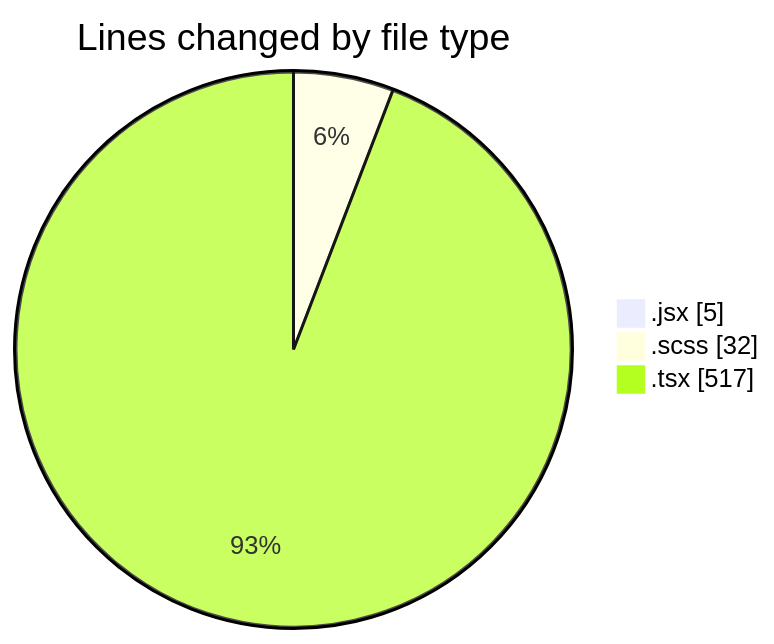
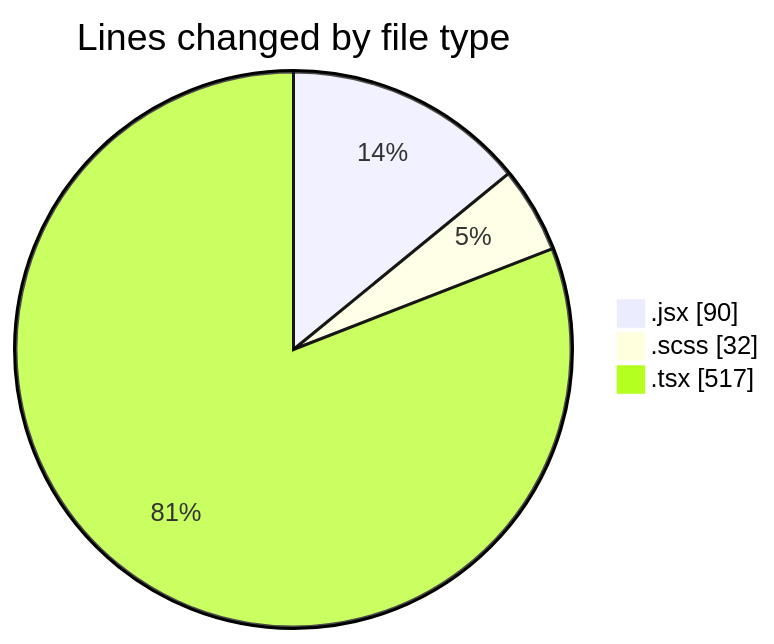
The first of 2 diagrams in 2025-06-06/cda/README.md (momahboobian/code-tracking), drawn with Mermaid before and after one commit. The commit also changed other lines of this file and 1 other file, not shown here.

````diff
--- a/2025-06-06/cda/README.md
+++ b/2025-06-06/cda/README.md
@@ -23,7 +24,7 @@
 ```mermaid
 pie showData
 title Lines changed by file type
-".jsx" : 5
+".jsx" : 90
 ".scss" : 32
 ".tsx" : 517
 ```
````
